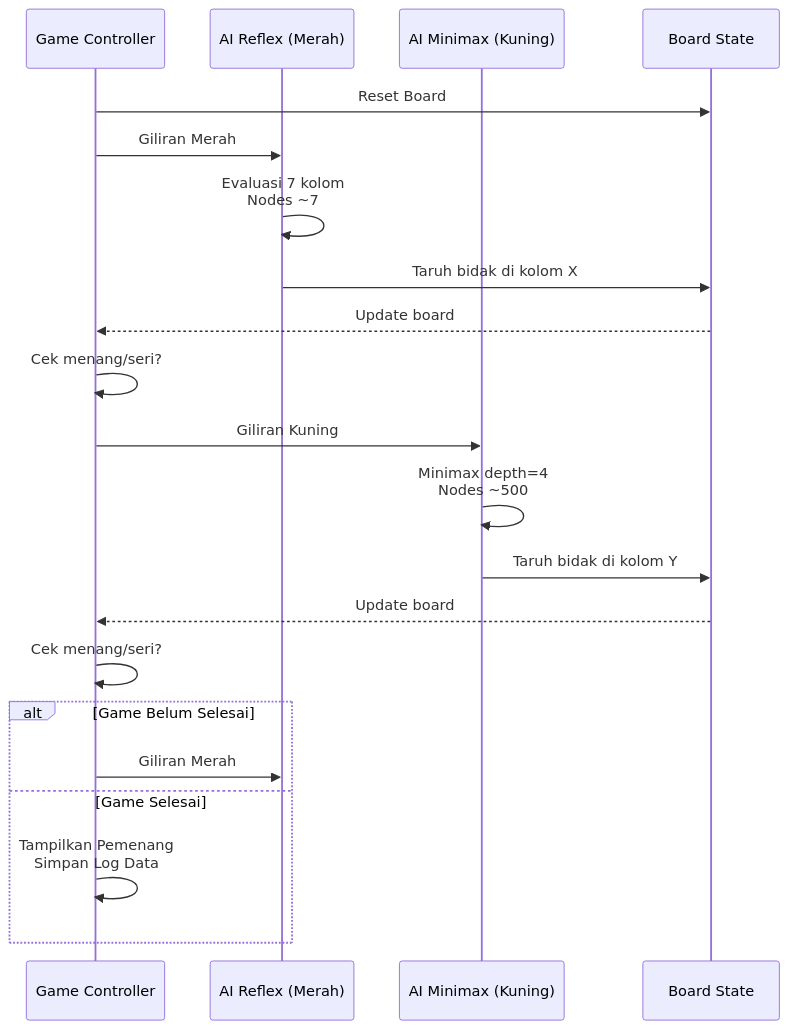
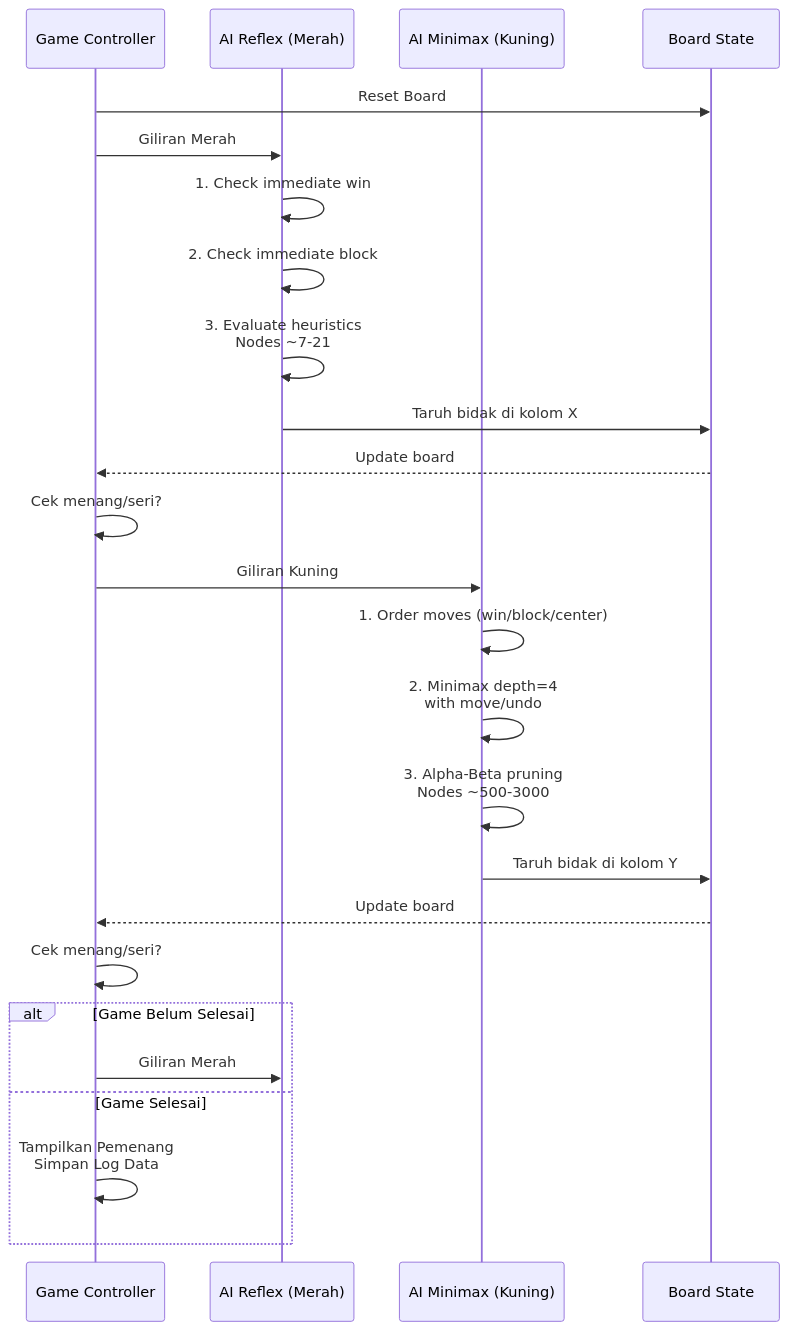
One commit to mrizalbasri/Connect_Four changed the fifth of 5 diagrams in flowchart_ai_algorithms.md. Above: the diagram before and after it, drawn with Mermaid. The commit also changed other lines of this file and 5 other files, not shown here.

````diff
--- a/flowchart_ai_algorithms.md
+++ b/flowchart_ai_algorithms.md
@@ -188,29 +215,33 @@
 ```mermaid
 sequenceDiagram
     participant Game as Game Controller
     participant Reflex as AI Reflex (Merah)
     participant Minimax as AI Minimax (Kuning)
     participant Board as Board State
 
     Game->>Board: Reset Board
     Game->>Reflex: Giliran Merah
 
-    Reflex->>Reflex: Evaluasi 7 kolom<br/>Nodes ~7
+    Reflex->>Reflex: 1. Check immediate win
+    Reflex->>Reflex: 2. Check immediate block
+    Reflex->>Reflex: 3. Evaluate heuristics<br/>Nodes ~7-21
     Reflex->>Board: Taruh bidak di kolom X
     Board-->>Game: Update board
 
     Game->>Game: Cek menang/seri?
     Game->>Minimax: Giliran Kuning
 
-    Minimax->>Minimax: Minimax depth=4<br/>Nodes ~500
+    Minimax->>Minimax: 1. Order moves (win/block/center)
+    Minimax->>Minimax: 2. Minimax depth=4<br/>with move/undo
+    Minimax->>Minimax: 3. Alpha-Beta pruning<br/>Nodes ~500-3000
     Minimax->>Board: Taruh bidak di kolom Y
     Board-->>Game: Update board
 
     Game->>Game: Cek menang/seri?
 
     alt Game Belum Selesai
         Game->>Reflex: Giliran Merah
     else Game Selesai
         Game->>Game: Tampilkan Pemenang<br/>Simpan Log Data
     end
 ```
````
